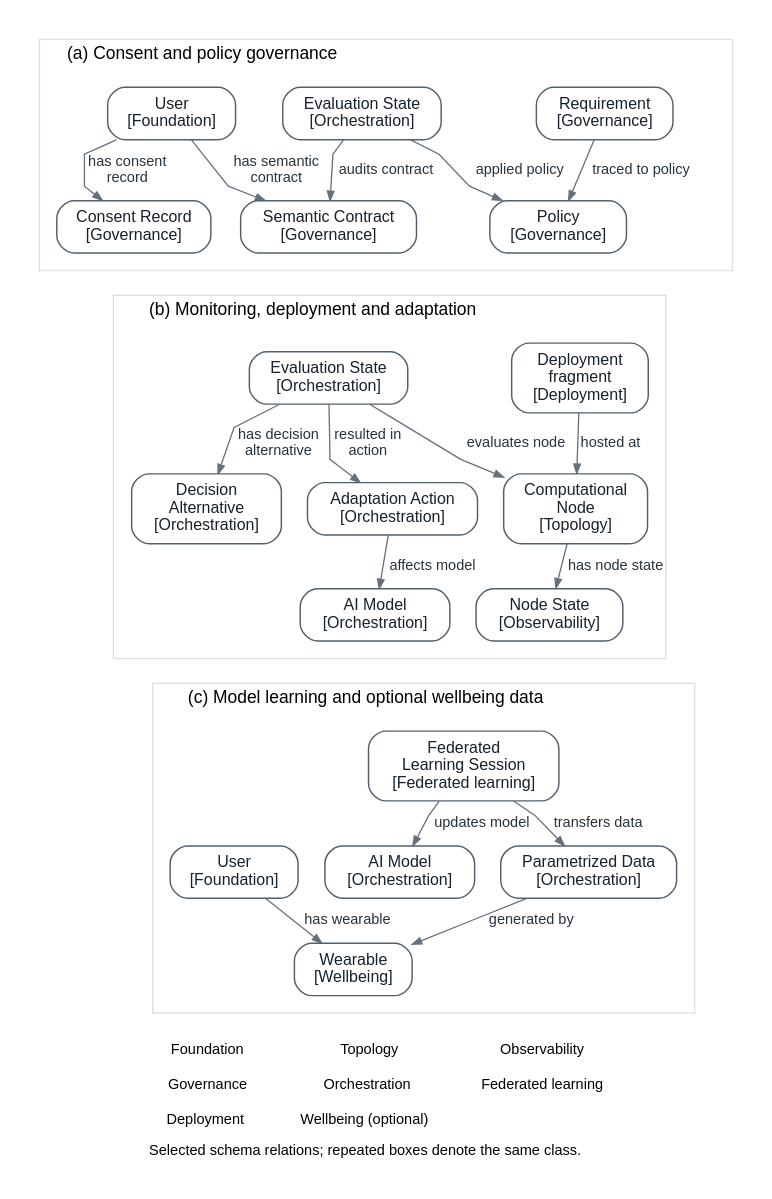
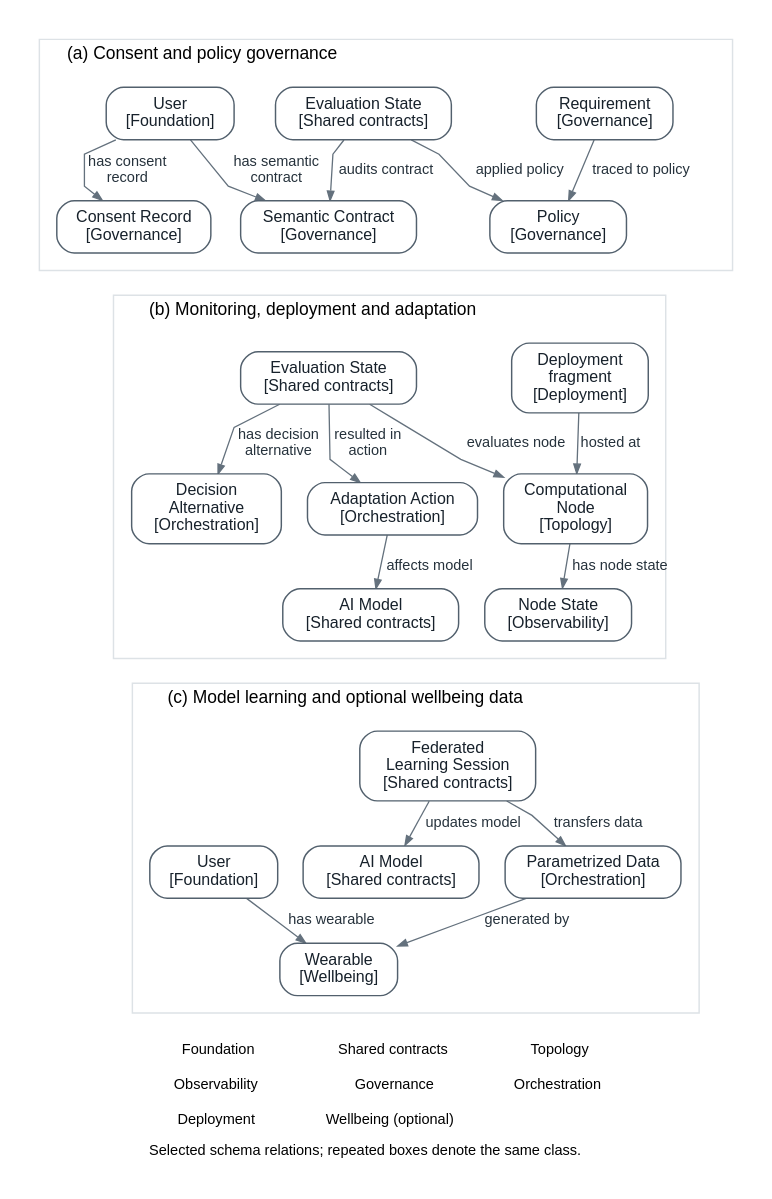
Before and after one commit to MauronMP/Continuum_Monitoring: the diagram in ontology/diagrams/sources/ontology-simplified-monochrome.dot, drawn with Graphviz. The commit also changed 246 other files, not shown here.

```diff
--- a/ontology/diagrams/sources/ontology-simplified-monochrome.dot
+++ b/ontology/diagrams/sources/ontology-simplified-monochrome.dot
@@ -6,53 +6,53 @@
       fontname="Helvetica", fontsize=11, margin="0.12,0.08", penwidth=1];
 edge [fontname="Helvetica", fontsize=10, color="#64717D", fontcolor="#26323C",
       penwidth=0.9, arrowsize=0.65];
-label=<<TABLE BORDER="0" CELLBORDER="0" CELLSPACING="3"><TR><TD BGCOLOR="#FFFFFF" CELLPADDING="5"><FONT POINT-SIZE="10">Foundation</FONT></TD><TD BGCOLOR="#FFFFFF" CELLPADDING="5"><FONT POINT-SIZE="10">Topology</FONT></TD><TD BGCOLOR="#FFFFFF" CELLPADDING="5"><FONT POINT-SIZE="10">Observability</FONT></TD></TR><TR><TD BGCOLOR="#FFFFFF" CELLPADDING="5"><FONT POINT-SIZE="10">Governance</FONT></TD><TD BGCOLOR="#FFFFFF" CELLPADDING="5"><FONT POINT-SIZE="10">Orchestration</FONT></TD><TD BGCOLOR="#FFFFFF" CELLPADDING="5"><FONT POINT-SIZE="10">Federated learning</FONT></TD></TR><TR><TD BGCOLOR="#FFFFFF" CELLPADDING="5"><FONT POINT-SIZE="10">Deployment</FONT></TD><TD BGCOLOR="#FFFFFF" CELLPADDING="5"><FONT POINT-SIZE="10">Wellbeing (optional)</FONT></TD></TR><TR><TD COLSPAN="3"><FONT POINT-SIZE="10">Selected schema relations; repeated boxes denote the same class.</FONT></TD></TR></TABLE>>;
+label=<<TABLE BORDER="0" CELLBORDER="0" CELLSPACING="3"><TR><TD BGCOLOR="#FFFFFF" CELLPADDING="5"><FONT POINT-SIZE="10">Foundation</FONT></TD><TD BGCOLOR="#FFFFFF" CELLPADDING="5"><FONT POINT-SIZE="10">Shared contracts</FONT></TD><TD BGCOLOR="#FFFFFF" CELLPADDING="5"><FONT POINT-SIZE="10">Topology</FONT></TD></TR><TR><TD BGCOLOR="#FFFFFF" CELLPADDING="5"><FONT POINT-SIZE="10">Observability</FONT></TD><TD BGCOLOR="#FFFFFF" CELLPADDING="5"><FONT POINT-SIZE="10">Governance</FONT></TD><TD BGCOLOR="#FFFFFF" CELLPADDING="5"><FONT POINT-SIZE="10">Orchestration</FONT></TD></TR><TR><TD BGCOLOR="#FFFFFF" CELLPADDING="5"><FONT POINT-SIZE="10">Deployment</FONT></TD><TD BGCOLOR="#FFFFFF" CELLPADDING="5"><FONT POINT-SIZE="10">Wellbeing (optional)</FONT></TD></TR><TR><TD COLSPAN="3"><FONT POINT-SIZE="10">Selected schema relations; repeated boxes denote the same class.</FONT></TD></TR></TABLE>>;
 subgraph cluster_a {
 sortv=0; label="(a) Consent and policy governance";
 labelloc=t; labeljust=l; fontsize=12; color="#DDE2E6"; margin=12;
-"a:http://example.org/smartcity#ConsentRecord" [label="Consent Record\n[Governance]", fillcolor="#FFFFFF", tooltip="http://example.org/smartcity#ConsentRecord"];
-"a:http://example.org/smartcity#EvaluationState" [label="Evaluation State\n[Orchestration]", fillcolor="#FFFFFF", tooltip="http://example.org/smartcity#EvaluationState"];
-"a:http://example.org/smartcity#Policy" [label="Policy\n[Governance]", fillcolor="#FFFFFF", tooltip="http://example.org/smartcity#Policy"];
-"a:http://example.org/smartcity#Requirement" [label="Requirement\n[Governance]", fillcolor="#FFFFFF", tooltip="http://example.org/smartcity#Requirement"];
-"a:http://example.org/smartcity#SemanticContract" [label="Semantic Contract\n[Governance]", fillcolor="#FFFFFF", tooltip="http://example.org/smartcity#SemanticContract"];
-"a:http://example.org/smartcity#User" [label="User\n[Foundation]", fillcolor="#FFFFFF", tooltip="http://example.org/smartcity#User"];
-"a:http://example.org/smartcity#User" -> "a:http://example.org/smartcity#ConsentRecord" [label="has consent\nrecord", tooltip="http://example.org/smartcity#hasConsentRecord"];
-"a:http://example.org/smartcity#User" -> "a:http://example.org/smartcity#SemanticContract" [label="has semantic\ncontract", tooltip="http://example.org/smartcity#hasSemanticContract"];
-"a:http://example.org/smartcity#EvaluationState" -> "a:http://example.org/smartcity#SemanticContract" [label="audits contract", tooltip="http://example.org/smartcity#auditsContract"];
-"a:http://example.org/smartcity#EvaluationState" -> "a:http://example.org/smartcity#Policy" [label="applied policy", tooltip="http://example.org/smartcity#appliedPolicy"];
-"a:http://example.org/smartcity#Requirement" -> "a:http://example.org/smartcity#Policy" [label="traced to policy", tooltip="http://example.org/smartcity#tracedToPolicy"];
+"a:http://example.org/monitoringcontinuum#ConsentRecord" [label="Consent Record\n[Governance]", fillcolor="#FFFFFF", tooltip="http://example.org/monitoringcontinuum#ConsentRecord"];
+"a:http://example.org/monitoringcontinuum#EvaluationState" [label="Evaluation State\n[Shared contracts]", fillcolor="#FFFFFF", tooltip="http://example.org/monitoringcontinuum#EvaluationState"];
+"a:http://example.org/monitoringcontinuum#Policy" [label="Policy\n[Governance]", fillcolor="#FFFFFF", tooltip="http://example.org/monitoringcontinuum#Policy"];
+"a:http://example.org/monitoringcontinuum#Requirement" [label="Requirement\n[Governance]", fillcolor="#FFFFFF", tooltip="http://example.org/monitoringcontinuum#Requirement"];
+"a:http://example.org/monitoringcontinuum#SemanticContract" [label="Semantic Contract\n[Governance]", fillcolor="#FFFFFF", tooltip="http://example.org/monitoringcontinuum#SemanticContract"];
+"a:http://example.org/monitoringcontinuum#User" [label="User\n[Foundation]", fillcolor="#FFFFFF", tooltip="http://example.org/monitoringcontinuum#User"];
+"a:http://example.org/monitoringcontinuum#User" -> "a:http://example.org/monitoringcontinuum#ConsentRecord" [label="has consent\nrecord", tooltip="http://example.org/monitoringcontinuum#hasConsentRecord"];
+"a:http://example.org/monitoringcontinuum#User" -> "a:http://example.org/monitoringcontinuum#SemanticContract" [label="has semantic\ncontract", tooltip="http://example.org/monitoringcontinuum#hasSemanticContract"];
+"a:http://example.org/monitoringcontinuum#EvaluationState" -> "a:http://example.org/monitoringcontinuum#SemanticContract" [label="audits contract", tooltip="http://example.org/monitoringcontinuum#auditsContract"];
+"a:http://example.org/monitoringcontinuum#EvaluationState" -> "a:http://example.org/monitoringcontinuum#Policy" [label="applied policy", tooltip="http://example.org/monitoringcontinuum#appliedPolicy"];
+"a:http://example.org/monitoringcontinuum#Requirement" -> "a:http://example.org/monitoringcontinuum#Policy" [label="traced to policy", tooltip="http://example.org/monitoringcontinuum#tracedToPolicy"];
 }
 subgraph cluster_b {
 sortv=1; label="(b) Monitoring, deployment and adaptation";
 labelloc=t; labeljust=l; fontsize=12; color="#DDE2E6"; margin=12;
-"b:http://example.org/smartcity#AIModel" [label="AI Model\n[Orchestration]", fillcolor="#FFFFFF", tooltip="http://example.org/smartcity#AIModel"];
-"b:http://example.org/smartcity#AdaptationAction" [label="Adaptation Action\n[Orchestration]", fillcolor="#FFFFFF", tooltip="http://example.org/smartcity#AdaptationAction"];
-"b:http://example.org/smartcity#ComputationalNode" [label="Computational\nNode\n[Topology]", fillcolor="#FFFFFF", tooltip="http://example.org/smartcity#ComputationalNode"];
-"b:http://example.org/smartcity#DecisionAlternative" [label="Decision\nAlternative\n[Orchestration]", fillcolor="#FFFFFF", tooltip="http://example.org/smartcity#DecisionAlternative"];
-"b:http://example.org/smartcity#DeploymentFragment" [label="Deployment\nfragment\n[Deployment]", fillcolor="#FFFFFF", tooltip="http://example.org/smartcity#DeploymentFragment"];
-"b:http://example.org/smartcity#EvaluationState" [label="Evaluation State\n[Orchestration]", fillcolor="#FFFFFF", tooltip="http://example.org/smartcity#EvaluationState"];
-"b:http://example.org/smartcity#NodeState" [label="Node State\n[Observability]", fillcolor="#FFFFFF", tooltip="http://example.org/smartcity#NodeState"];
-"b:http://example.org/smartcity#EvaluationState" -> "b:http://example.org/smartcity#ComputationalNode" [label="evaluates node", tooltip="http://example.org/smartcity#evaluatesNode"];
-"b:http://example.org/smartcity#ComputationalNode" -> "b:http://example.org/smartcity#NodeState" [label="has node state", tooltip="http://example.org/smartcity#hasNodeState"];
-"b:http://example.org/smartcity#EvaluationState" -> "b:http://example.org/smartcity#DecisionAlternative" [label="has decision\nalternative", tooltip="http://example.org/smartcity#hasDecisionAlternative"];
-"b:http://example.org/smartcity#EvaluationState" -> "b:http://example.org/smartcity#AdaptationAction" [label="resulted in\naction", tooltip="http://example.org/smartcity#resultedInAction"];
-"b:http://example.org/smartcity#AdaptationAction" -> "b:http://example.org/smartcity#AIModel" [label="affects model", tooltip="http://example.org/smartcity#affectsModel"];
-"b:http://example.org/smartcity#DeploymentFragment" -> "b:http://example.org/smartcity#ComputationalNode" [label="hosted at", tooltip="http://example.org/smartcity#hostedAt"];
+"b:http://example.org/monitoringcontinuum#AIModel" [label="AI Model\n[Shared contracts]", fillcolor="#FFFFFF", tooltip="http://example.org/monitoringcontinuum#AIModel"];
+"b:http://example.org/monitoringcontinuum#AdaptationAction" [label="Adaptation Action\n[Orchestration]", fillcolor="#FFFFFF", tooltip="http://example.org/monitoringcontinuum#AdaptationAction"];
+"b:http://example.org/monitoringcontinuum#ComputationalNode" [label="Computational\nNode\n[Topology]", fillcolor="#FFFFFF", tooltip="http://example.org/monitoringcontinuum#ComputationalNode"];
+"b:http://example.org/monitoringcontinuum#DecisionAlternative" [label="Decision\nAlternative\n[Orchestration]", fillcolor="#FFFFFF", tooltip="http://example.org/monitoringcontinuum#DecisionAlternative"];
+"b:http://example.org/monitoringcontinuum#DeploymentFragment" [label="Deployment\nfragment\n[Deployment]", fillcolor="#FFFFFF", tooltip="http://example.org/monitoringcontinuum#DeploymentFragment"];
+"b:http://example.org/monitoringcontinuum#EvaluationState" [label="Evaluation State\n[Shared contracts]", fillcolor="#FFFFFF", tooltip="http://example.org/monitoringcontinuum#EvaluationState"];
+"b:http://example.org/monitoringcontinuum#NodeState" [label="Node State\n[Observability]", fillcolor="#FFFFFF", tooltip="http://example.org/monitoringcontinuum#NodeState"];
+"b:http://example.org/monitoringcontinuum#EvaluationState" -> "b:http://example.org/monitoringcontinuum#ComputationalNode" [label="evaluates node", tooltip="http://example.org/monitoringcontinuum#evaluatesNode"];
+"b:http://example.org/monitoringcontinuum#ComputationalNode" -> "b:http://example.org/monitoringcontinuum#NodeState" [label="has node state", tooltip="http://example.org/monitoringcontinuum#hasNodeState"];
+"b:http://example.org/monitoringcontinuum#EvaluationState" -> "b:http://example.org/monitoringcontinuum#DecisionAlternative" [label="has decision\nalternative", tooltip="http://example.org/monitoringcontinuum#hasDecisionAlternative"];
+"b:http://example.org/monitoringcontinuum#EvaluationState" -> "b:http://example.org/monitoringcontinuum#AdaptationAction" [label="resulted in\naction", tooltip="http://example.org/monitoringcontinuum#resultedInAction"];
+"b:http://example.org/monitoringcontinuum#AdaptationAction" -> "b:http://example.org/monitoringcontinuum#AIModel" [label="affects model", tooltip="http://example.org/monitoringcontinuum#affectsModel"];
+"b:http://example.org/monitoringcontinuum#DeploymentFragment" -> "b:http://example.org/monitoringcontinuum#ComputationalNode" [label="hosted at", tooltip="http://example.org/monitoringcontinuum#hostedAt"];
 }
 subgraph cluster_c {
 sortv=2; label="(c) Model learning and optional wellbeing data";
 labelloc=t; labeljust=l; fontsize=12; color="#DDE2E6"; margin=12;
-"c:http://example.org/smartcity#AIModel" [label="AI Model\n[Orchestration]", fillcolor="#FFFFFF", tooltip="http://example.org/smartcity#AIModel"];
-"c:http://example.org/smartcity#FederatedLearningSession" [label="Federated\nLearning Session\n[Federated learning]", fillcolor="#FFFFFF", tooltip="http://example.org/smartcity#FederatedLearningSession"];
-"c:http://example.org/smartcity#ParametrizedData" [label="Parametrized Data\n[Orchestration]", fillcolor="#FFFFFF", tooltip="http://example.org/smartcity#ParametrizedData"];
-"c:http://example.org/smartcity#User" [label="User\n[Foundation]", fillcolor="#FFFFFF", tooltip="http://example.org/smartcity#User"];
-"c:http://example.org/smartcity#Wearable" [label="Wearable\n[Wellbeing]", fillcolor="#FFFFFF", tooltip="http://example.org/smartcity#Wearable"];
-"c:http://example.org/smartcity#FederatedLearningSession" -> "c:http://example.org/smartcity#AIModel" [label="updates model", tooltip="http://example.org/smartcity#updatesModel"];
-"c:http://example.org/smartcity#FederatedLearningSession" -> "c:http://example.org/smartcity#ParametrizedData" [label="transfers data", tooltip="http://example.org/smartcity#transfersData"];
-"c:http://example.org/smartcity#ParametrizedData" -> "c:http://example.org/smartcity#Wearable" [label="generated by", tooltip="http://example.org/smartcity#generatedBy"];
-"c:http://example.org/smartcity#User" -> "c:http://example.org/smartcity#Wearable" [label="has wearable", tooltip="http://example.org/smartcity#hasWearable"];
+"c:http://example.org/monitoringcontinuum#AIModel" [label="AI Model\n[Shared contracts]", fillcolor="#FFFFFF", tooltip="http://example.org/monitoringcontinuum#AIModel"];
+"c:http://example.org/monitoringcontinuum#FederatedLearningSession" [label="Federated\nLearning Session\n[Shared contracts]", fillcolor="#FFFFFF", tooltip="http://example.org/monitoringcontinuum#FederatedLearningSession"];
+"c:http://example.org/monitoringcontinuum#ParametrizedData" [label="Parametrized Data\n[Orchestration]", fillcolor="#FFFFFF", tooltip="http://example.org/monitoringcontinuum#ParametrizedData"];
+"c:http://example.org/monitoringcontinuum#User" [label="User\n[Foundation]", fillcolor="#FFFFFF", tooltip="http://example.org/monitoringcontinuum#User"];
+"c:http://example.org/monitoringcontinuum#Wearable" [label="Wearable\n[Wellbeing]", fillcolor="#FFFFFF", tooltip="http://example.org/monitoringcontinuum#Wearable"];
+"c:http://example.org/monitoringcontinuum#FederatedLearningSession" -> "c:http://example.org/monitoringcontinuum#AIModel" [label="updates model", tooltip="http://example.org/monitoringcontinuum#updatesModel"];
+"c:http://example.org/monitoringcontinuum#FederatedLearningSession" -> "c:http://example.org/monitoringcontinuum#ParametrizedData" [label="transfers data", tooltip="http://example.org/monitoringcontinuum#transfersData"];
+"c:http://example.org/monitoringcontinuum#ParametrizedData" -> "c:http://example.org/monitoringcontinuum#Wearable" [label="generated by", tooltip="http://example.org/monitoringcontinuum#generatedBy"];
+"c:http://example.org/monitoringcontinuum#User" -> "c:http://example.org/monitoringcontinuum#Wearable" [label="has wearable", tooltip="http://example.org/monitoringcontinuum#hasWearable"];
 }
-"a:http://example.org/smartcity#SemanticContract" -> "b:http://example.org/smartcity#EvaluationState" [style=invis, weight=100];
-"b:http://example.org/smartcity#AIModel" -> "c:http://example.org/smartcity#FederatedLearningSession" [style=invis, weight=100];
-"b:http://example.org/smartcity#NodeState" -> "c:http://example.org/smartcity#FederatedLearningSession" [style=invis, weight=100];
+"a:http://example.org/monitoringcontinuum#SemanticContract" -> "b:http://example.org/monitoringcontinuum#EvaluationState" [style=invis, weight=100];
+"b:http://example.org/monitoringcontinuum#AIModel" -> "c:http://example.org/monitoringcontinuum#FederatedLearningSession" [style=invis, weight=100];
+"b:http://example.org/monitoringcontinuum#NodeState" -> "c:http://example.org/monitoringcontinuum#FederatedLearningSession" [style=invis, weight=100];
 }
```
